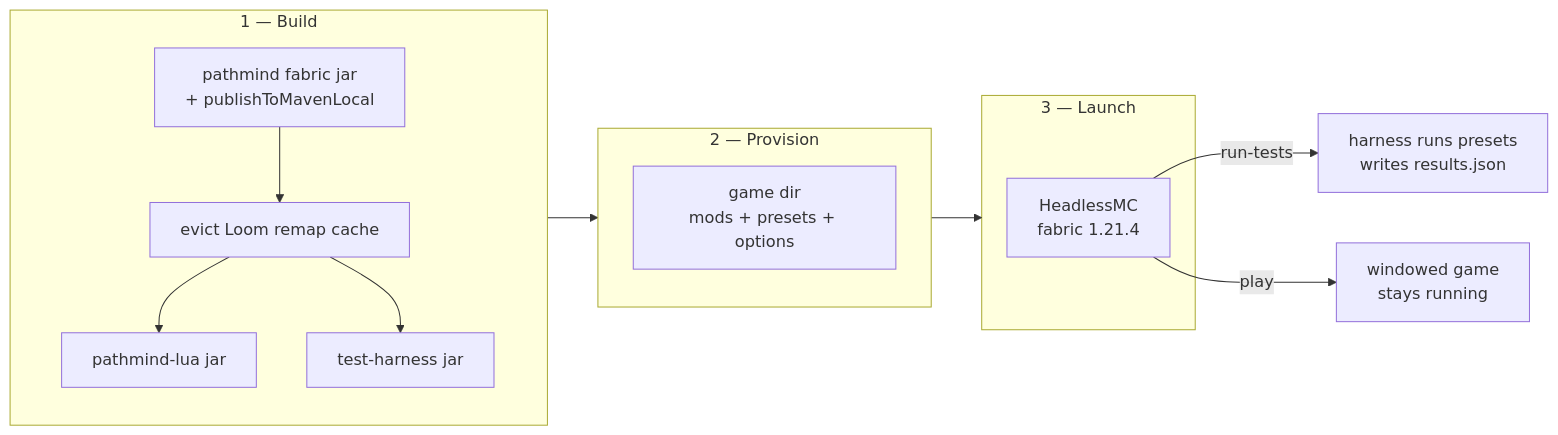
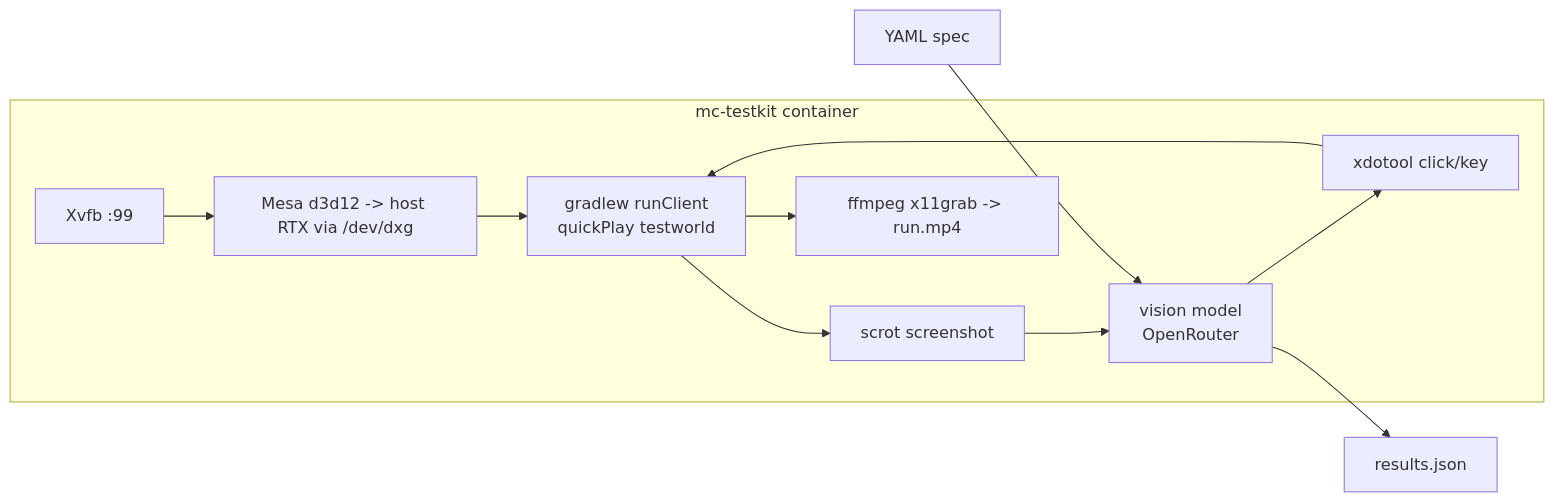
One commit to botboy0/pathmind changed the diagram in website/docs/guides/in-game-testing.md. Above: the diagram before and after it, drawn with Mermaid. The commit also changed other lines of this file and 2 other files, not shown here.

First line of the commit message:
Docs: mc-testkit is the sole GUI test flow

````diff
--- a/website/docs/guides/in-game-testing.md
+++ b/website/docs/guides/in-game-testing.md
@@ -21,17 +24,14 @@
 ```mermaid
 flowchart LR
-    subgraph build [1 — Build]
-        P[pathmind fabric jar<br/>+ publishToMavenLocal] --> E[evict Loom remap cache]
-        E --> L[pathmind-lua jar]
-        E --> H[test-harness jar]
+    subgraph container [mc-testkit container]
+        X[Xvfb :99] --> GL[Mesa d3d12 -> host RTX via /dev/dxg]
+        GL --> MC[gradlew runClient<br/>quickPlay testworld]
+        MC --> S[scrot screenshot]
+        S --> V[vision model<br/>OpenRouter]
+        V --> I[xdotool click/key]
+        I --> MC
+        MC --> F[ffmpeg x11grab -> run.mp4]
     end
-    subgraph provision [2 — Provision]
-        G[game dir<br/>mods + presets + options]
-    end
-    subgraph launch [3 — Launch]
-        M[HeadlessMC<br/>fabric 1.21.4]
-    end
-    build --> provision --> launch
-    M -->|run-tests| T[harness runs presets<br/>writes results.json]
-    M -->|play| W[windowed game<br/>stays running]
+    spec[YAML spec] --> V
+    V --> R[results.json]
 ```
````
